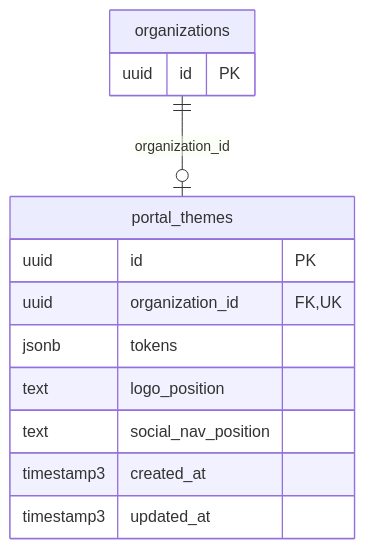
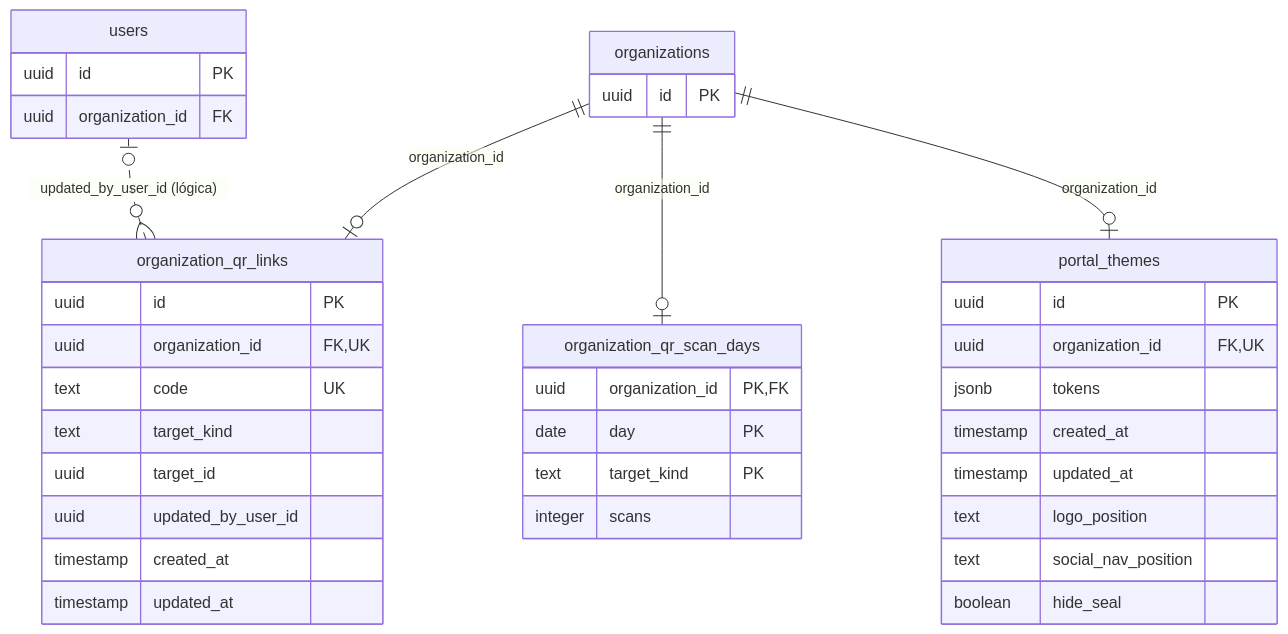
Before and after one commit to AGamez10/AdoptaFacil: the diagram in docs/diccionario-datos/mer/mer-portals.mmd, drawn with Mermaid. The commit also changed 105 other files, not shown here.

```diff
--- a/docs/diccionario-datos/mer/mer-portals.mmd
+++ b/docs/diccionario-datos/mer/mer-portals.mmd
@@ -1,14 +1,38 @@
 erDiagram
+  organization_qr_links {
+    uuid id PK
+    uuid organization_id FK,UK
+    text code UK
+    text target_kind
+    uuid target_id
+    uuid updated_by_user_id
+    timestamp created_at
+    timestamp updated_at
+  }
+  organization_qr_scan_days {
+    uuid organization_id PK,FK
+    date day PK
+    text target_kind PK
+    integer scans
+  }
   portal_themes {
     uuid id PK
     uuid organization_id FK,UK
     jsonb tokens
+    timestamp created_at
+    timestamp updated_at
     text logo_position
     text social_nav_position
-    timestamp3 created_at
-    timestamp3 updated_at
+    boolean hide_seal
   }
   organizations {
     uuid id PK
   }
+  users {
+    uuid id PK
+    uuid organization_id FK
+  }
+  organizations ||--o| organization_qr_links : "organization_id"
+  organizations ||--o| organization_qr_scan_days : "organization_id"
   organizations ||--o| portal_themes : "organization_id"
+  users |o..o{ organization_qr_links : "updated_by_user_id (lógica)"
```
